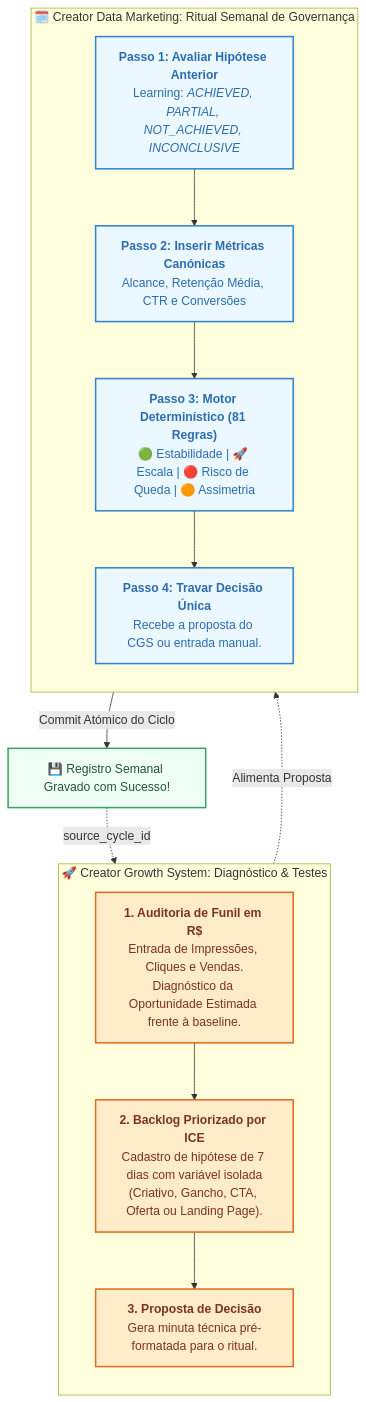
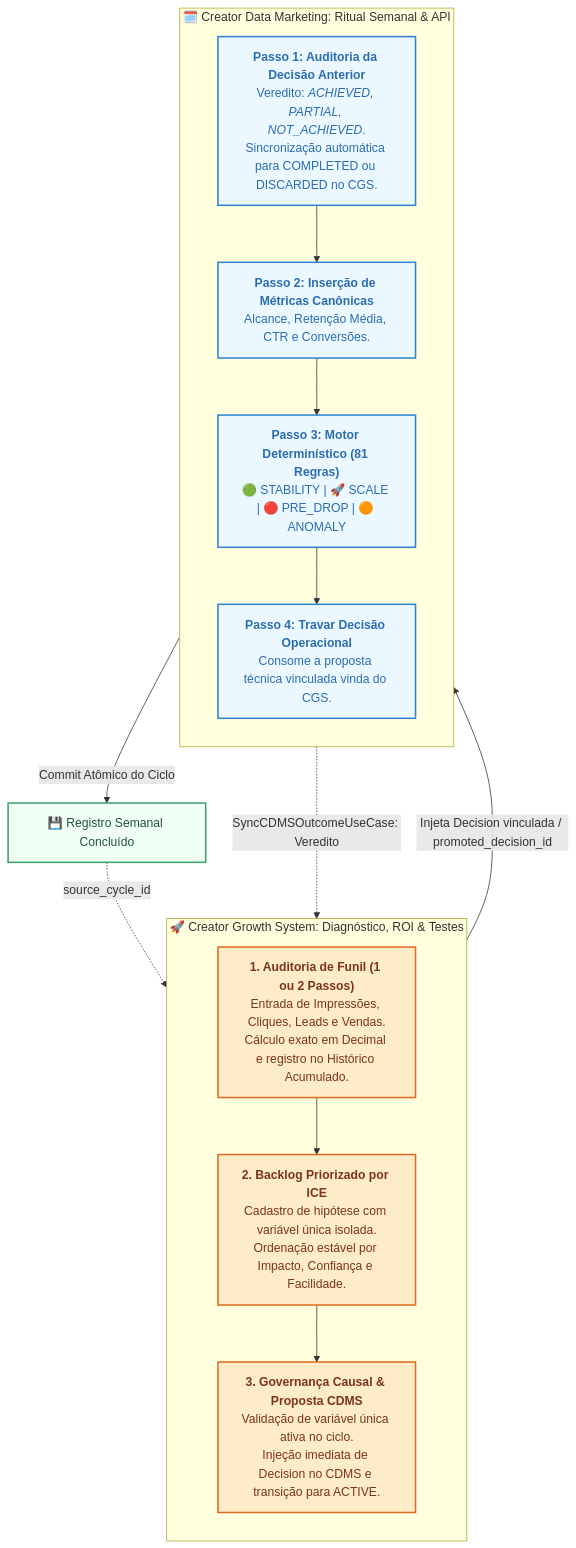
Before and after one commit to HilarioGouveia/cdms: the second of 2 diagrams in README.md, drawn with Mermaid. The commit also changed other lines of this file and 72 other files, not shown here.

Commit message:
chore: checkpoint current CDMS and CGS development state

````diff
--- a/README.md
+++ b/README.md
@@ -24,27 +47,28 @@
 ```mermaid
 flowchart TD
     classDef cdms fill:#ebf8ff,stroke:#3182ce,stroke-width:2px,color:#2b6cb0;
     classDef cgs fill:#feebc8,stroke:#dd6b20,stroke-width:2px,color:#7b341e;
     classDef link fill:#f0fff4,stroke:#38a169,stroke-width:2px,color:#22543d;
 
-    subgraph CGS_Audit [🚀 Creator Growth System: Diagnóstico & Testes]
+    subgraph CGS_Flow [🚀 Creator Growth System: Diagnóstico, ROI & Testes]
         direction TB
-        G1["<b>1. Auditoria de Funil em R$</b><br/>Entrada de Impressões, Cliques e Vendas.<br/>Diagnóstico da Oportunidade Estimada frente à baseline."]:::cgs
-        G2["<b>2. Backlog Priorizado por ICE</b><br/>Cadastro de hipótese de 7 dias com variável isolada<br/>(Criativo, Gancho, CTA, Oferta ou Landing Page)."]:::cgs
-        G3["<b>3. Proposta de Decisão</b><br/>Gera minuta técnica pré-formatada para o ritual."]:::cgs
+        G1["<b>1. Auditoria de Funil (1 ou 2 Passos)</b><br/>Entrada de Impressões, Cliques, Leads e Vendas.<br/>Cálculo exato em Decimal e registro no Histórico Acumulado."]:::cgs
+        G2["<b>2. Backlog Priorizado por ICE</b><br/>Cadastro de hipótese com variável única isolada.<br/>Ordenação estável por Impacto, Confiança e Facilidade."]:::cgs
+        G3["<b>3. Governança Causal & Proposta CDMS</b><br/>Validação de variável única ativa no ciclo.<br/>Injeção imediata de Decision no CDMS e transição para ACTIVE."]:::cgs
         G1 --> G2 --> G3
     end
 
-    subgraph CDMS_Ritual [🗓️ Creator Data Marketing: Ritual Semanal de Governança]
+    subgraph CDMS_Ritual [🗓️ Creator Data Marketing: Ritual Semanal & API]
         direction TB
-        R1["<b>Passo 1: Avaliar Hipótese Anterior</b><br/>Learning: <i>ACHIEVED, PARTIAL, NOT_ACHIEVED, INCONCLUSIVE</i>"]:::cdms
-        R2["<b>Passo 2: Inserir Métricas Canónicas</b><br/>Alcance, Retenção Média, CTR e Conversões"]:::cdms
-        R3["<b>Passo 3: Motor Determinístico (81 Regras)</b><br/>🟢 Estabilidade | 🚀 Escala | 🔴 Risco de Queda | 🟠 Assimetria"]:::cdms
-        R4["<b>Passo 4: Travar Decisão Única</b><br/>Recebe a proposta do CGS ou entrada manual."]:::cdms
+        R1["<b>Passo 1: Auditoria da Decisão Anterior</b><br/>Veredito: <i>ACHIEVED, PARTIAL, NOT_ACHIEVED</i>.<br/>Sincronização automática para COMPLETED ou DISCARDED no CGS."]:::cdms
+        R2["<b>Passo 2: Inserção de Métricas Canônicas</b><br/>Alcance, Retenção Média, CTR e Conversões."]:::cdms
+        R3["<b>Passo 3: Motor Determinístico (81 Regras)</b><br/>🟢 STABILITY | 🚀 SCALE | 🔴 PRE_DROP | 🟠 ANOMALY"]:::cdms
+        R4["<b>Passo 4: Travar Decisão Operacional</b><br/>Consome a proposta técnica vinculada vinda do CGS."]:::cdms
         R1 --> R2 --> R3 --> R4
     end
 
-    G3 -.->|Alimenta Proposta| R4
-    R4 -->|Commit Atómico do Ciclo| ClosedWeek[💾 Registro Semanal Gravado com Sucesso!]:::link
+    G3 -->|Injeta Decision vinculada / promoted_decision_id| R4
+    R4 -->|Commit Atômico do Ciclo| ClosedWeek[💾 Registro Semanal Concluído]:::link
     ClosedWeek -.->|source_cycle_id| G1
+    R1 -.->|SyncCDMSOutcomeUseCase: Veredito| G2
 ```
````
